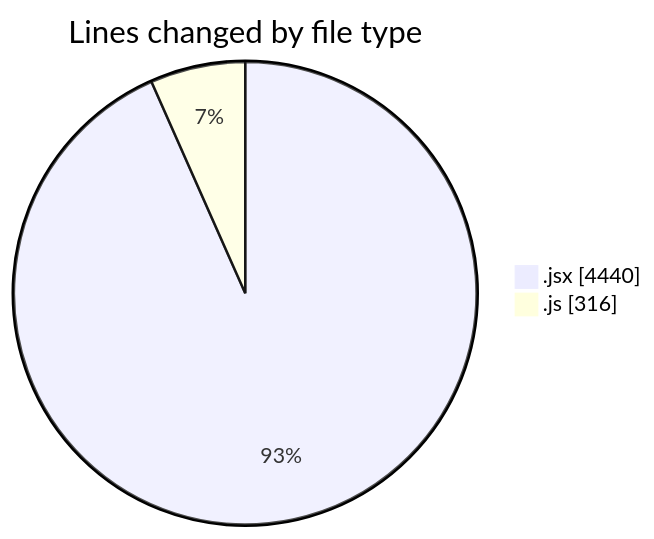
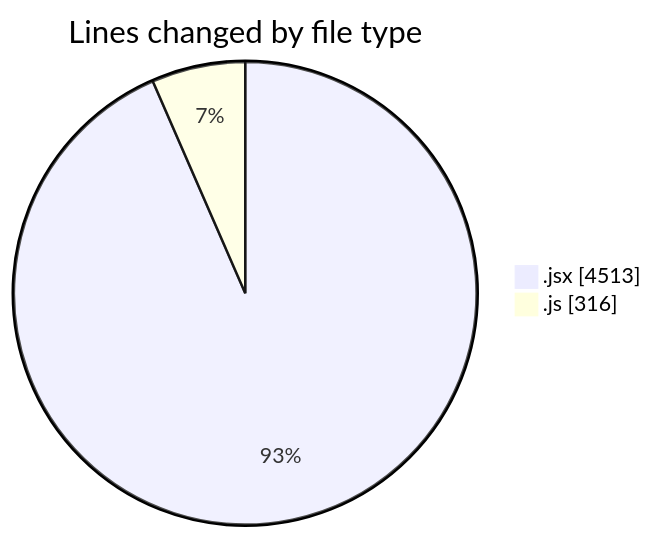
One commit to nxtqubesakshisongat/code-tracking changed the first of 2 diagrams in 2025-07-13/argos/README.md. Above: the diagram before and after it, drawn with Mermaid. The commit also changed other lines of this file and 1 other file, not shown here.

````diff
--- a/2025-07-13/argos/README.md
+++ b/2025-07-13/argos/README.md
@@ -23,6 +23,6 @@
 ```mermaid
 pie showData
 title Lines changed by file type
-".jsx" : 4440
+".jsx" : 4513
 ".js" : 316
 ```
````
